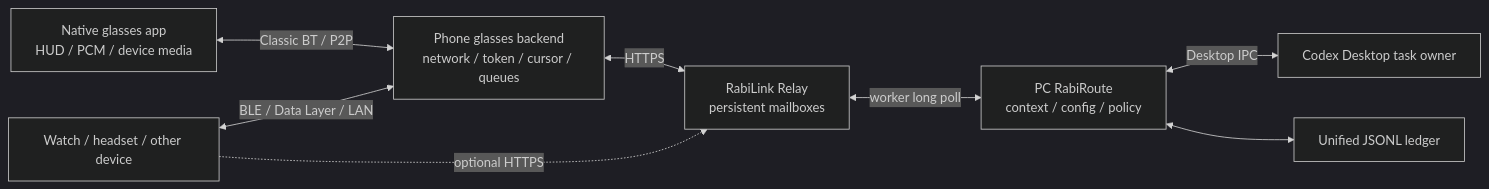
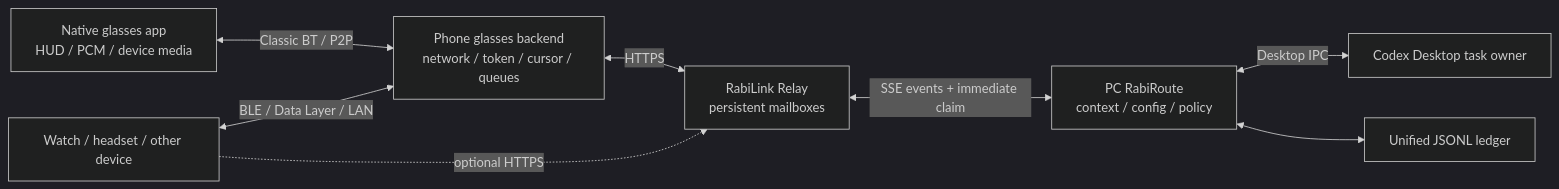
Before and after one commit to vb2250158/RabiRoute: the diagram in docs/rabilink-phone-edge-hub_en.md, drawn with Mermaid (dark theme). The commit also changed other lines of this file and 290 other files, not shown here.

````diff
--- a/docs/rabilink-phone-edge-hub_en.md
+++ b/docs/rabilink-phone-edge-hub_en.md
@@ -27,10 +27,10 @@
 ```mermaid
 flowchart LR
     G["Native glasses app\nHUD / PCM / device media"] <-->|"Classic BT / P2P"| P["Phone glasses backend\nnetwork / token / cursor / queues"]
     W["Watch / headset / other device"] <-->|"BLE / Data Layer / LAN"| P
     P <-->|"HTTPS"| R["RabiLink Relay\npersistent mailboxes"]
     W -.->|"optional HTTPS"| R
-    R <-->|"worker long poll"| C["PC RabiRoute\ncontext / config / policy"]
+    R <-->|"SSE events + immediate claim"| C["PC RabiRoute\ncontext / config / policy"]
     C <-->|"Desktop IPC"| A["Codex Desktop task owner"]
     C <--> L["Unified JSONL ledger"]
 ```
````
